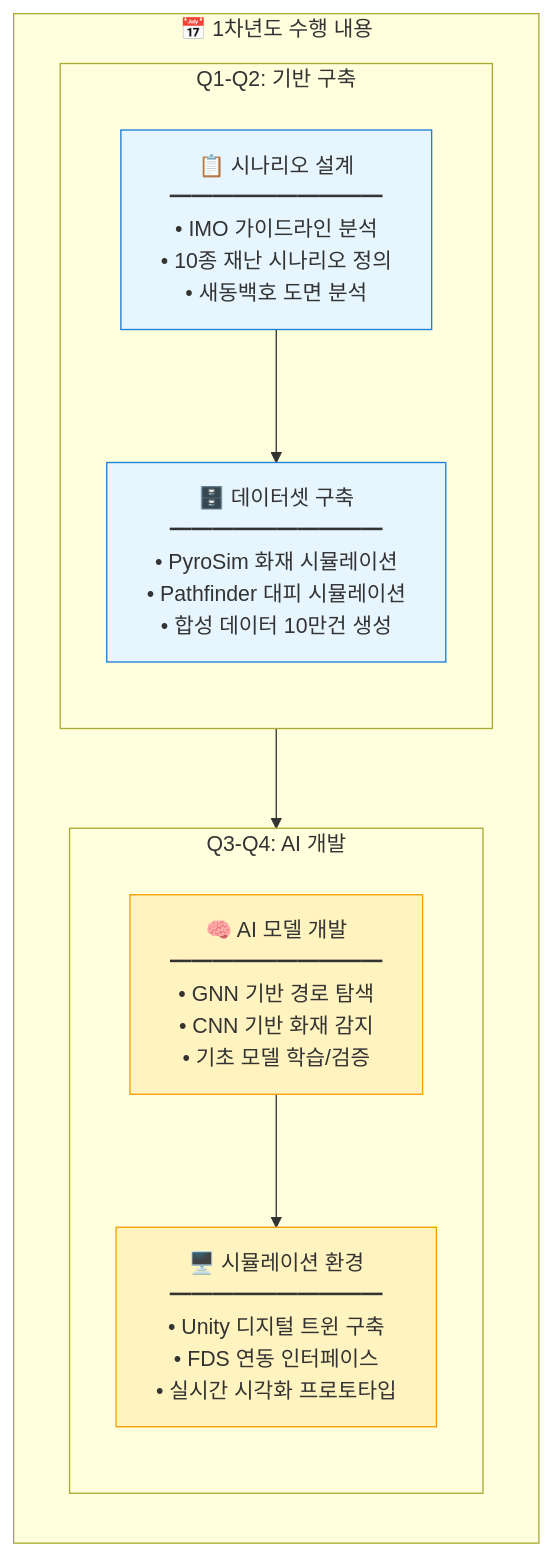
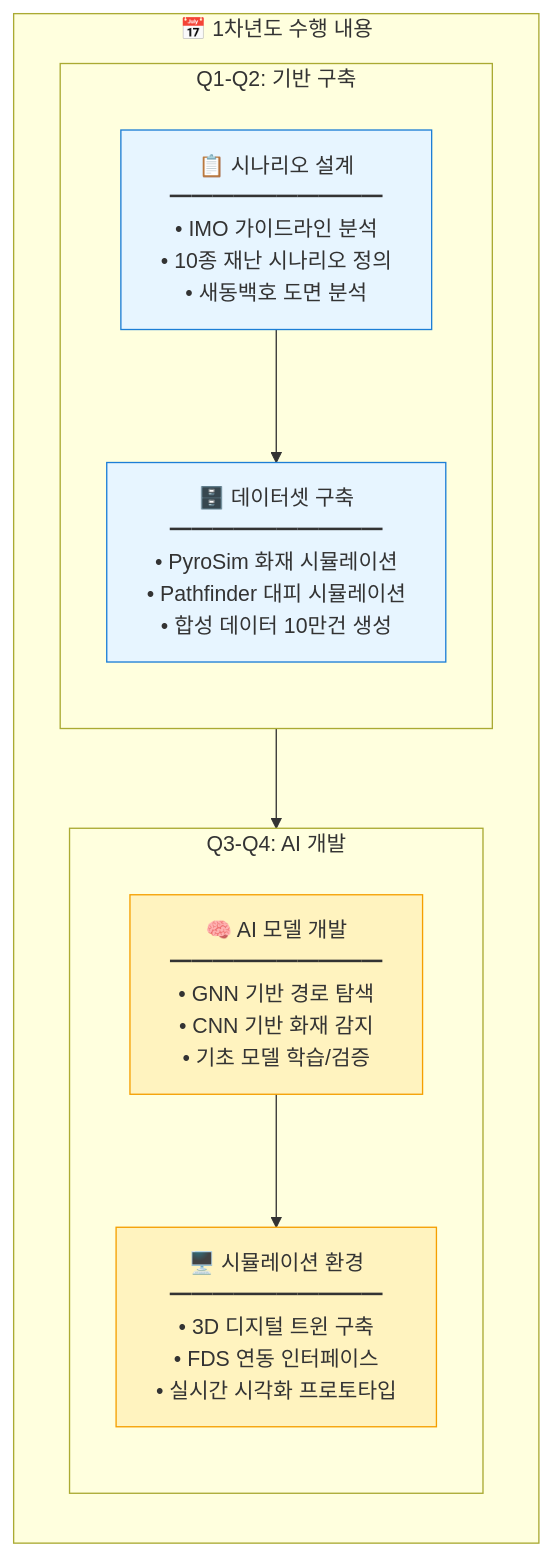
One commit to ymseo741/isedss-presentation changed the tenth of 29 diagrams in report.md. Above: the diagram before and after it, drawn with Mermaid. The commit also changed other lines of this file, not shown here.

Commit message:
docs: remove specific solution names (Unity, UWB) and generalize technology terms

````diff
--- a/report.md
+++ b/report.md
@@ -417,23 +417,23 @@
 ```mermaid
 flowchart LR
     subgraph Y1["📅 1차년도 수행 내용"]
         direction TB
         subgraph Q1Q2["Q1-Q2: 기반 구축"]
             direction TB
             T1["📋 시나리오 설계<br/>━━━━━━━━━━<br/>• IMO 가이드라인 분석<br/>• 10종 재난 시나리오 정의<br/>• 새동백호 도면 분석"]
             T2["🗄️ 데이터셋 구축<br/>━━━━━━━━━━<br/>• PyroSim 화재 시뮬레이션<br/>• Pathfinder 대피 시뮬레이션<br/>• 합성 데이터 10만건 생성"]
         end
         subgraph Q3Q4["Q3-Q4: AI 개발"]
             direction TB
             T3["🧠 AI 모델 개발<br/>━━━━━━━━━━<br/>• GNN 기반 경로 탐색<br/>• CNN 기반 화재 감지<br/>• 기초 모델 학습/검증"]
-            T4["🖥️ 시뮬레이션 환경<br/>━━━━━━━━━━<br/>• Unity 디지털 트윈 구축<br/>• FDS 연동 인터페이스<br/>• 실시간 시각화 프로토타입"]
+            T4["🖥️ 시뮬레이션 환경<br/>━━━━━━━━━━<br/>• 3D 디지털 트윈 구축<br/>• FDS 연동 인터페이스<br/>• 실시간 시각화 프로토타입"]
         end
     end
     
     T1 --> T2 --> T3 --> T4
     
     style T1 fill:#e7f5ff,stroke:#1c7ed6
     style T2 fill:#e7f5ff,stroke:#1c7ed6
     style T3 fill:#fff3bf,stroke:#f59f00
     style T4 fill:#fff3bf,stroke:#f59f00
 ```
````
